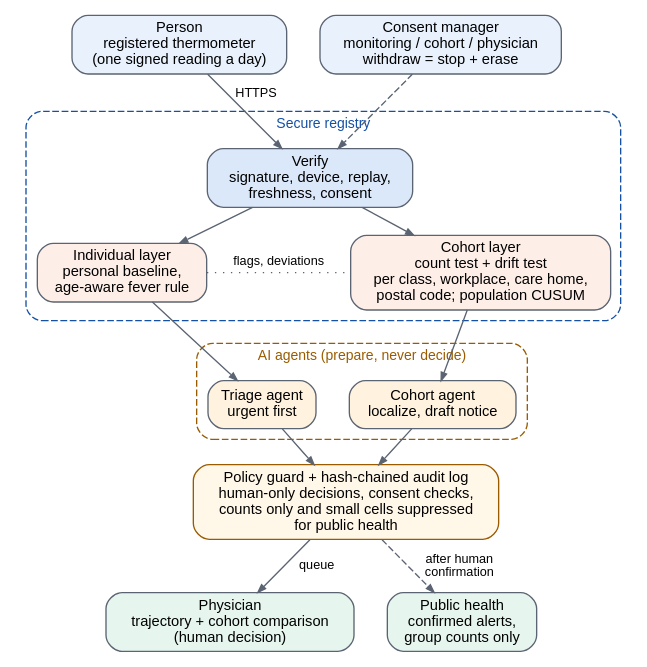
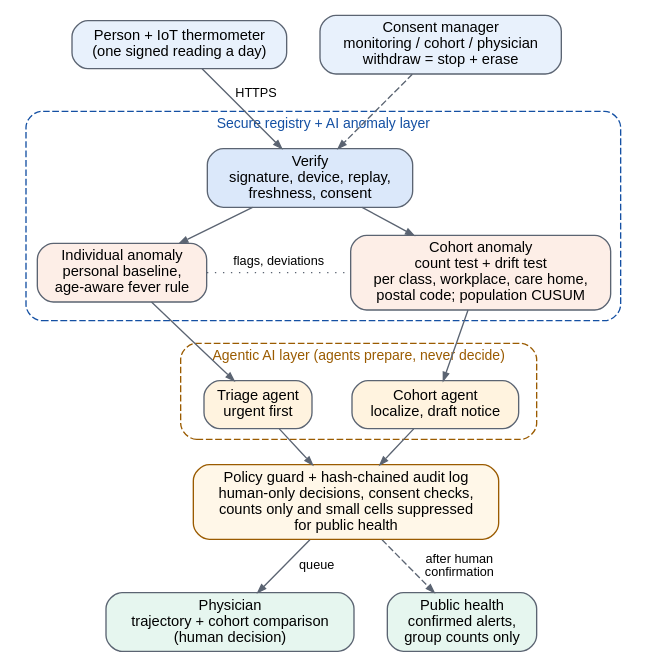
Before and after one commit to ManishXGupta/VerifiedFever-POC: the diagram in docs/diagrams/architecture_registry.dot, drawn with Graphviz. The commit also changed 4 other files, not shown here.

First line of the commit message:
Paper B: agentic AI and IoT framing in title, abstract, sections and architecture

```diff
--- a/docs/diagrams/architecture_registry.dot
+++ b/docs/diagrams/architecture_registry.dot
@@ -1,34 +1,34 @@
 digraph registry {
   rankdir=TB; nodesep=0.35; ranksep=0.28; fontname="Helvetica"; newrank=true;
   node [shape=box, style="rounded,filled", fillcolor="#ffffff", color="#5b6472", fontname="Helvetica", fontsize=11, margin="0.09,0.05"];
   edge [color="#5b6472", fontname="Helvetica", fontsize=9.5, arrowsize=0.6];
 
-  person [label="Person\nregistered thermometer\n(one signed reading a day)", fillcolor="#e8f1fc"];
+  person [label="Person + IoT thermometer\n(one signed reading a day)", fillcolor="#e8f1fc"];
   consent [label="Consent manager\nmonitoring / cohort / physician\nwithdraw = stop + erase", fillcolor="#e8f1fc"];
 
-  subgraph cluster_reg { label="Secure registry"; style="rounded,dashed"; color="#1450a3"; fontsize=10.5; fontcolor="#1450a3";
+  subgraph cluster_reg { label="Secure registry + AI anomaly layer"; style="rounded,dashed"; color="#1450a3"; fontsize=10.5; fontcolor="#1450a3";
     verify [label="Verify\nsignature, device, replay,\nfreshness, consent", fillcolor="#dbe8fa"];
-    indiv  [label="Individual layer\npersonal baseline,\nage-aware fever rule", fillcolor="#fdeee7"];
-    cohort [label="Cohort layer\ncount test + drift test\nper class, workplace, care home,\npostal code; population CUSUM", fillcolor="#fdeee7"];
+    indiv  [label="Individual anomaly\npersonal baseline,\nage-aware fever rule", fillcolor="#fdeee7"];
+    cohort [label="Cohort anomaly\ncount test + drift test\nper class, workplace, care home,\npostal code; population CUSUM", fillcolor="#fdeee7"];
   }
-  subgraph cluster_ag { label="AI agents (prepare, never decide)"; style="rounded,dashed"; color="#9a5b00"; fontsize=10.5; fontcolor="#9a5b00";
+  subgraph cluster_ag { label="Agentic AI layer (agents prepare, never decide)"; style="rounded,dashed"; color="#9a5b00"; fontsize=10.5; fontcolor="#9a5b00";
     tri [label="Triage agent\nurgent first", fillcolor="#fff3df"];
     coh [label="Cohort agent\nlocalize, draft notice", fillcolor="#fff3df"];
   }
   guard [label="Policy guard + hash-chained audit log\nhuman-only decisions, consent checks,\ncounts only and small cells suppressed\nfor public health", fillcolor="#fff7e8", color="#9a5b00"];
   doc [label="Physician\ntrajectory + cohort comparison\n(human decision)", fillcolor="#e6f6ef"];
   ph  [label="Public health\nconfirmed alerts,\ngroup counts only", fillcolor="#e6f6ef"];
 
   person -> verify [label=" HTTPS"];
   consent -> verify [style=dashed];
   verify -> indiv; verify -> cohort;
   indiv -> cohort [style=dotted, arrowhead=none, label=" flags, deviations"];
   {rank=same; indiv; cohort}
   {rank=same; tri; coh}
   {rank=same; person; consent}
   indiv -> tri; cohort -> coh;
   tri -> guard; coh -> guard;
   guard -> doc [label=" queue"];
   guard -> ph [label=" after human\n confirmation", style=dashed];
   {rank=same; doc; ph}
 }
```
